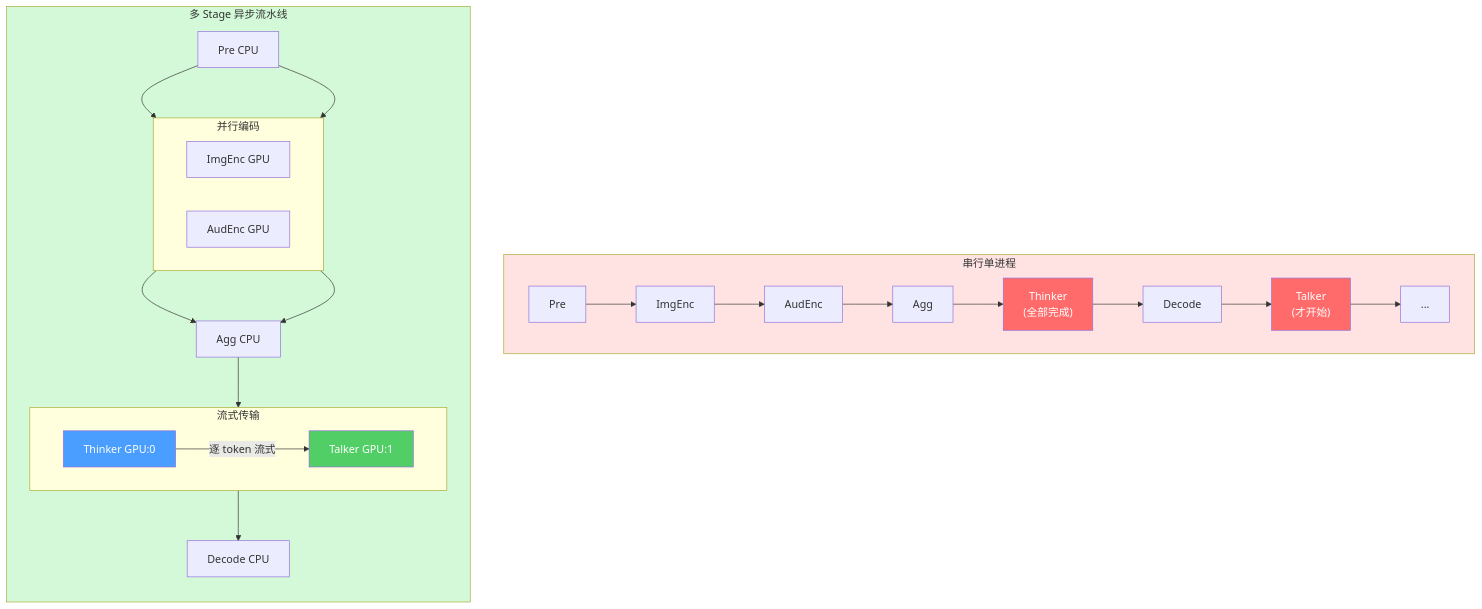
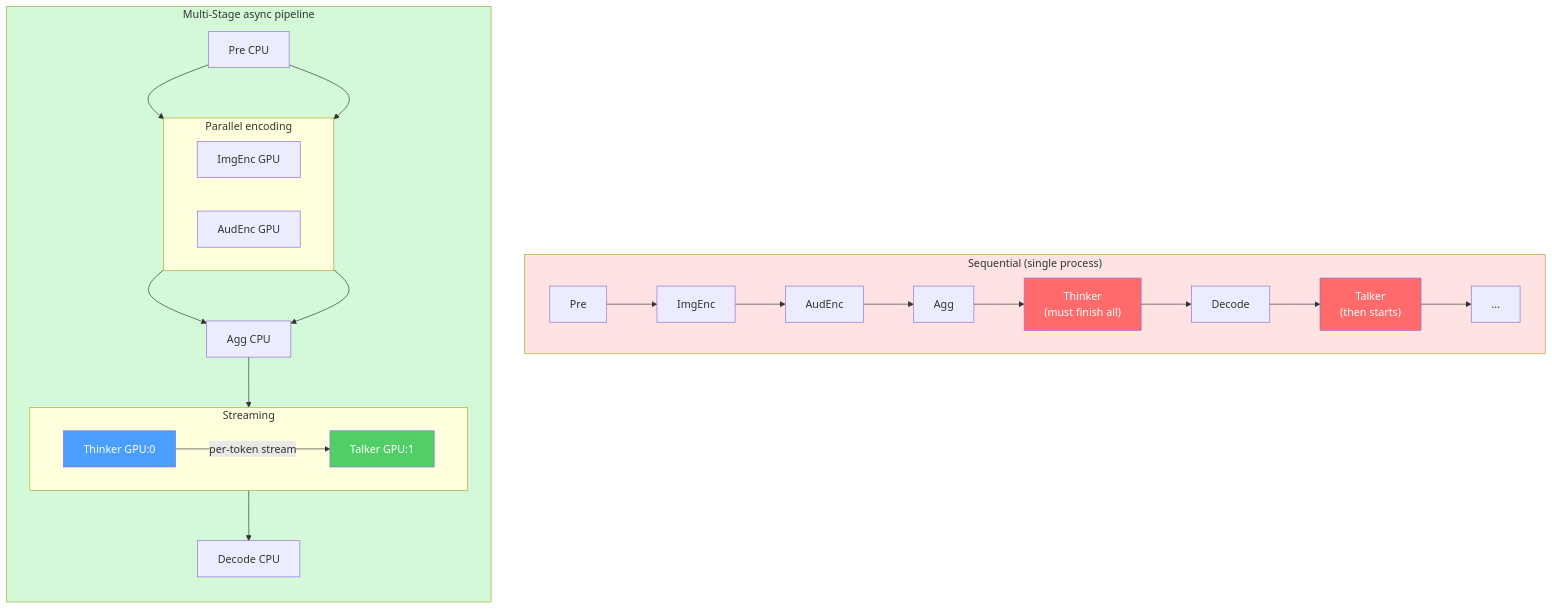
The tenth of 31 diagrams in sglang/sglang-omni/README.md (zhaochenyang20/Awesome-ML-SYS-Tutorial), drawn with Mermaid before and after one commit. The commit also changed other lines of this file, not shown here.

First line of the commit message:
style: use English in all Mermaid diagrams, fix broken links, simplify oversized charts

````diff
--- a/sglang/sglang-omni/README.md
+++ b/sglang/sglang-omni/README.md
@@ -456,36 +431,36 @@
 ```mermaid
 graph TB
-    subgraph Serial["串行单进程"]
+    subgraph Serial["Sequential (single process)"]
         direction LR
-        S1["Pre"] --> S2["ImgEnc"] --> S3["AudEnc"] --> S4["Agg"] --> S5["Thinker<br/>(全部完成)"] --> S6["Decode"] --> S7["Talker<br/>(才开始)"] --> S8["..."]
+        S1["Pre"] --> S2["ImgEnc"] --> S3["AudEnc"] --> S4["Agg"] --> S5["Thinker<br/>(must finish all)"] --> S6["Decode"] --> S7["Talker<br/>(then starts)"] --> S8["..."]
     end
 
-    subgraph Async["多 Stage 异步流水线"]
+    subgraph Async["Multi-Stage async pipeline"]
         direction TB
 
-        subgraph Row1["并行编码"]
+        subgraph Row1["Parallel encoding"]
             direction LR
             A1["ImgEnc GPU"]
             A2["AudEnc GPU"]
         end
 
-        subgraph Row2["流式传输"]
+        subgraph Row2["Streaming"]
             direction LR
             B1["Thinker GPU:0"]
             B2["Talker GPU:1"]
-            B1 -- "逐 token 流式" --> B2
+            B1 -- "per-token stream" --> B2
         end
 
         Pre2["Pre CPU"] --> A1 & A2
         A1 & A2 --> Agg2["Agg CPU"]
         Agg2 --> B1
         B1 --> Dec2["Decode CPU"]
     end
 
     style Serial fill:#ffe3e3,color:#333
     style Async fill:#d3f9d8,color:#333
     style S5 fill:#ff6b6b,color:#fff
     style S7 fill:#ff6b6b,color:#fff
     style B1 fill:#4a9eff,color:#fff
     style B2 fill:#51cf66,color:#fff
 ```
````
